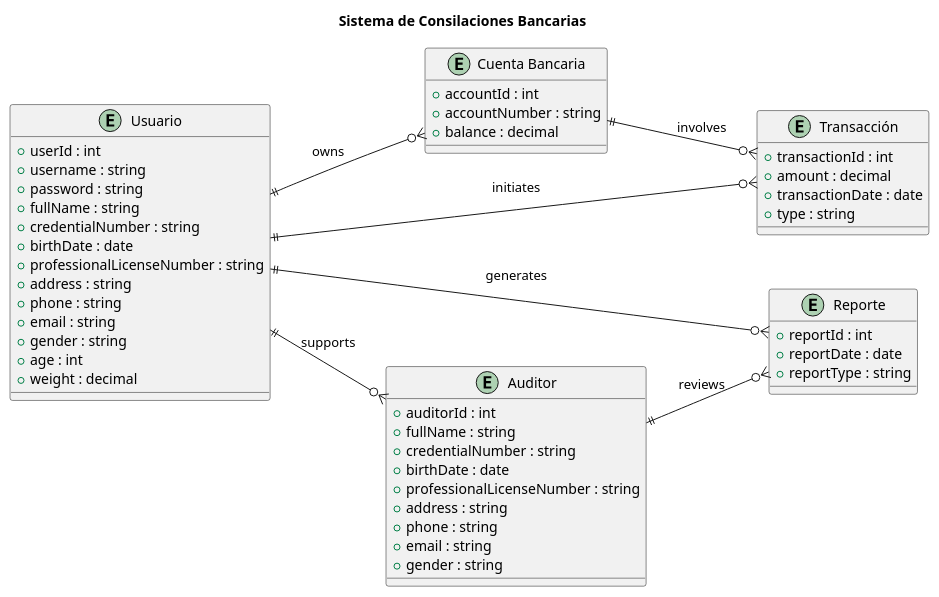
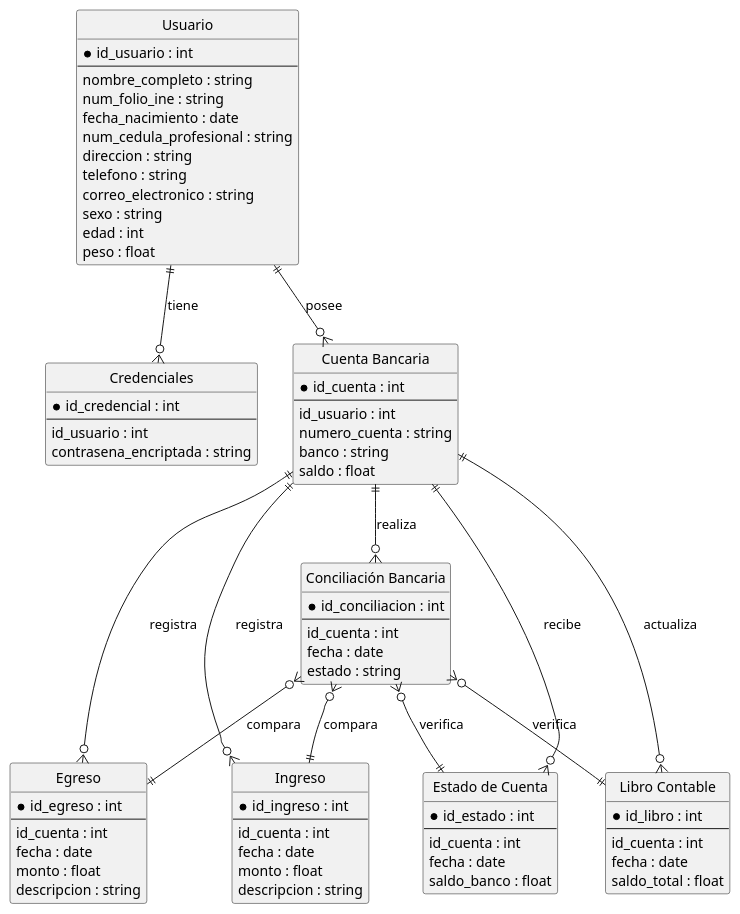
Before and after one commit to ricardouriegas/sistema-de-consilaciones-bancarias: the diagram in EntidadRelacion.puml, drawn with PlantUML. The commit also changed 15 other files, not shown here.

```diff
--- a/EntidadRelacion.puml
+++ b/EntidadRelacion.puml
@@ -2,59 +1,91 @@
-@startuml EntidadRelacion
-title Sistema de Consilaciones Bancarias
-left to right direction
+@startuml ERD
+hide circle
 
-entity "Usuario" as User {
-    + userId : int
-    + username : string
-    + password : string
-    + fullName : string
-    + credentialNumber : string
-    + birthDate : date
-    + professionalLicenseNumber : string
-    + address : string
-    + phone : string
-    + email : string
-    + gender : string
-    + age : int
-    + weight : decimal
+' Definición de entidades
+entity "Usuario" as Usuario {
+    * id_usuario : int
+    --
+    nombre_completo : string
+    num_folio_ine : string
+    fecha_nacimiento : date
+    num_cedula_profesional : string
+    direccion : string
+    telefono : string
+    correo_electronico : string
+    sexo : string
+    edad : int
+    peso : float
 }
 
-entity "Cuenta Bancaria" as BankAccount {
-    + accountId : int
-    + accountNumber : string
-    + balance : decimal
+entity "Credenciales" as Credenciales {
+    * id_credencial : int
+    --
+    id_usuario : int
+    contrasena_encriptada : string
 }
 
-entity "Transacción" as Transaction {
-    + transactionId : int
-    + amount : decimal
-    + transactionDate : date
-    + type : string
+entity "Cuenta Bancaria" as CuentaBancaria {
+    * id_cuenta : int
+    --
+    id_usuario : int
+    numero_cuenta : string
+    banco : string
+    saldo : float
 }
 
-entity "Reporte" as Report {
-    + reportId : int
-    + reportDate : date
-    + reportType : string
+entity "Ingreso" as Ingreso {
+    * id_ingreso : int
+    --
+    id_cuenta : int
+    fecha : date
+    monto : float
+    descripcion : string
 }
 
-entity "Auditor" as Auditor {
-    + auditorId : int
-    + fullName : string
-    + credentialNumber : string
-    + birthDate : date
-    + professionalLicenseNumber : string
-    + address : string
-    + phone : string
-    + email : string
-    + gender : string
+entity "Egreso" as Egreso {
+    * id_egreso : int
+    --
+    id_cuenta : int
+    fecha : date
+    monto : float
+    descripcion : string
 }
 
-User ||--o{ BankAccount : owns
-User ||--o{ Transaction : initiates
-BankAccount ||--o{ Transaction : involves
-User ||--o{ Report : generates
-Auditor ||--o{ Report : reviews
-User ||--o{ Auditor : supports
+entity "Libro Contable" as LibroContable {
+    * id_libro : int
+    --
+    id_cuenta : int
+    fecha : date
+    saldo_total : float
+}
+
+entity "Estado de Cuenta" as EstadoDeCuenta {
+    * id_estado : int
+    --
+    id_cuenta : int
+    fecha : date
+    saldo_banco : float
+}
+
+entity "Conciliación Bancaria" as ConciliacionBancaria {
+    * id_conciliacion : int
+    --
+    id_cuenta : int
+    fecha : date
+    estado : string
+}
+
+' Relaciones entre entidades
+Usuario ||--o{ Credenciales : tiene
+Usuario ||--o{ CuentaBancaria : posee
+CuentaBancaria ||--o{ Ingreso : registra
+CuentaBancaria ||--o{ Egreso : registra
+CuentaBancaria ||--o{ LibroContable : actualiza
+CuentaBancaria ||--o{ EstadoDeCuenta : recibe
+CuentaBancaria ||--o{ ConciliacionBancaria : realiza
+ConciliacionBancaria }o--|| Ingreso : compara
+ConciliacionBancaria }o--|| Egreso : compara
+ConciliacionBancaria }o--|| EstadoDeCuenta : verifica
+ConciliacionBancaria }o--|| LibroContable : verifica
 
 @enduml
```
